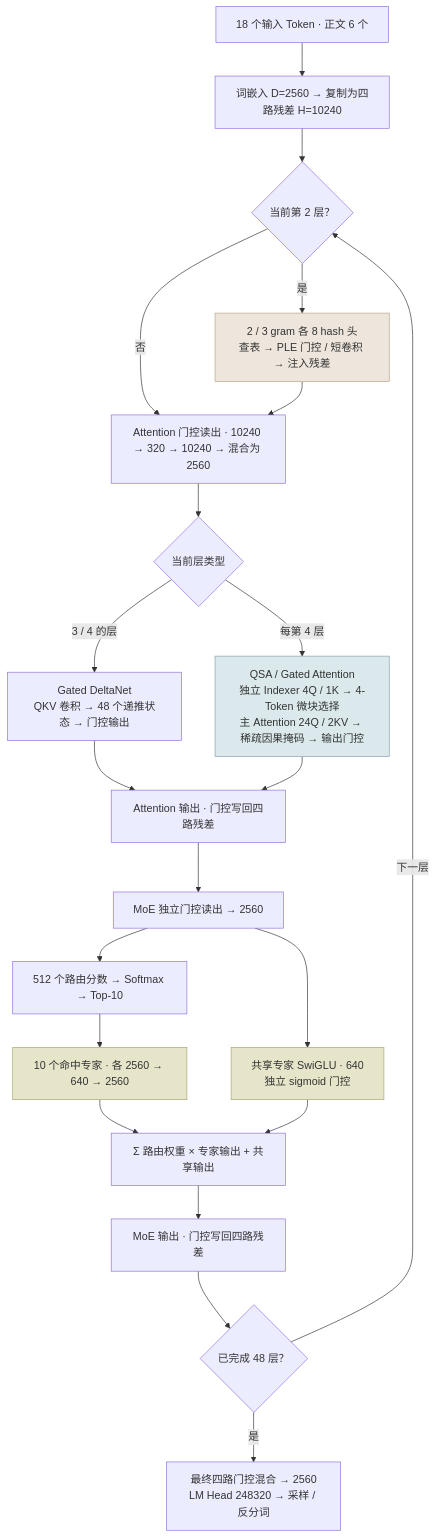
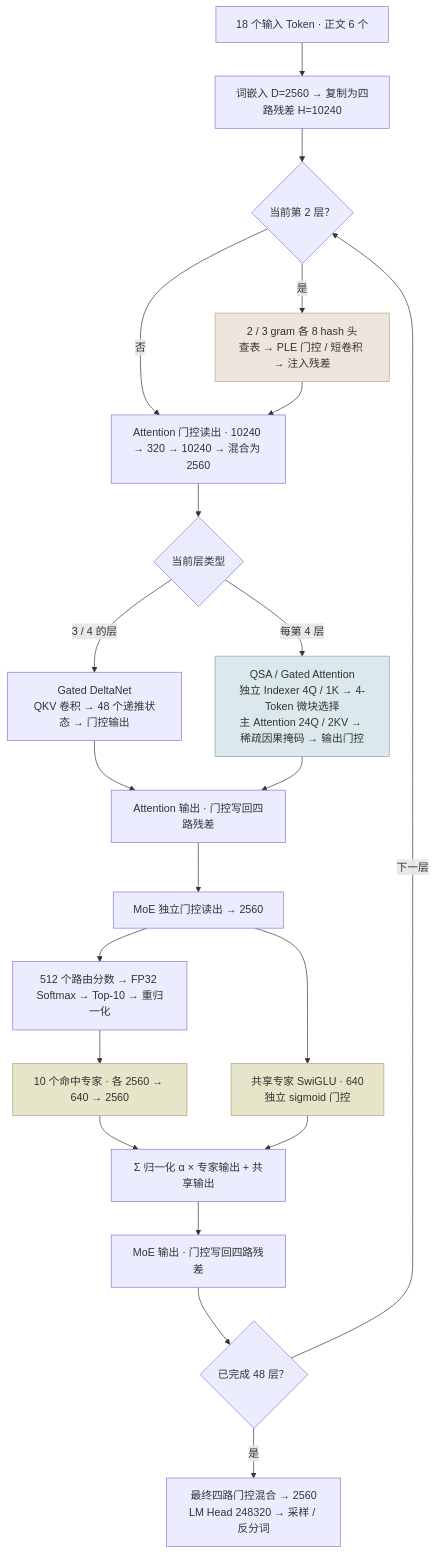
One commit to kevin249/groq_tsp changed the diagram in hardware/networkflash.mmd. Above: the diagram before and after it, drawn with Mermaid. The commit also changed 41 other files, not shown here.

```diff
--- a/hardware/networkflash.mmd
+++ b/hardware/networkflash.mmd
@@ -1,25 +1,25 @@
 flowchart TB
   INPUT["18 个输入 Token · 正文 6 个"] --> EMBED["词嵌入 D=2560 → 复制为四路残差 H=10240"]
   EMBED --> PLE{"当前第 2 层？"}
   PLE -->|"是"| NGRAM["2 / 3 gram 各 8 hash 头<br/>查表 → PLE 门控 / 短卷积 → 注入残差"]
   PLE -->|"否"| READ["Attention 门控读出 · 10240 → 320 → 10240 → 混合为 2560"]
   NGRAM --> READ
   READ --> TYPE{"当前层类型"}
   TYPE -->|"3 / 4 的层"| DELTA["Gated DeltaNet<br/>QKV 卷积 → 48 个递推状态 → 门控输出"]
   TYPE -->|"每第 4 层"| QSA["QSA / Gated Attention<br/>独立 Indexer 4Q / 1K → 4-Token 微块选择<br/>主 Attention 24Q / 2KV → 稀疏因果掩码 → 输出门控"]
   DELTA --> WRITE["Attention 输出 · 门控写回四路残差"]
   QSA --> WRITE
   WRITE --> MREAD["MoE 独立门控读出 → 2560"]
-  MREAD --> ROUTER["512 个路由分数 → Softmax → Top-10"]
+  MREAD --> ROUTER["512 个路由分数 → FP32 Softmax → Top-10 → 重归一化"]
   MREAD --> SHARED["共享专家 SwiGLU · 640<br/>独立 sigmoid 门控"]
   ROUTER --> EXPERTS["10 个命中专家 · 各 2560 → 640 → 2560"]
-  EXPERTS --> SUM["Σ 路由权重 × 专家输出 + 共享输出"]
+  EXPERTS --> SUM["Σ 归一化 α × 专家输出 + 共享输出"]
   SHARED --> SUM
   SUM --> MWRITE["MoE 输出 · 门控写回四路残差"]
   MWRITE --> LOOP{"已完成 48 层？"}
   LOOP -->|"下一层"| PLE
   LOOP -->|"是"| FINAL["最终四路门控混合 → 2560<br/>LM Head 248320 → 采样 / 反分词"]
   style NGRAM fill:#eee6dc,stroke:#b5a48c
   style EXPERTS fill:#e6e5ca,stroke:#a9a672
   style SHARED fill:#e6e5ca,stroke:#a9a672
   style QSA fill:#dbe9ec,stroke:#87a1ac
```
